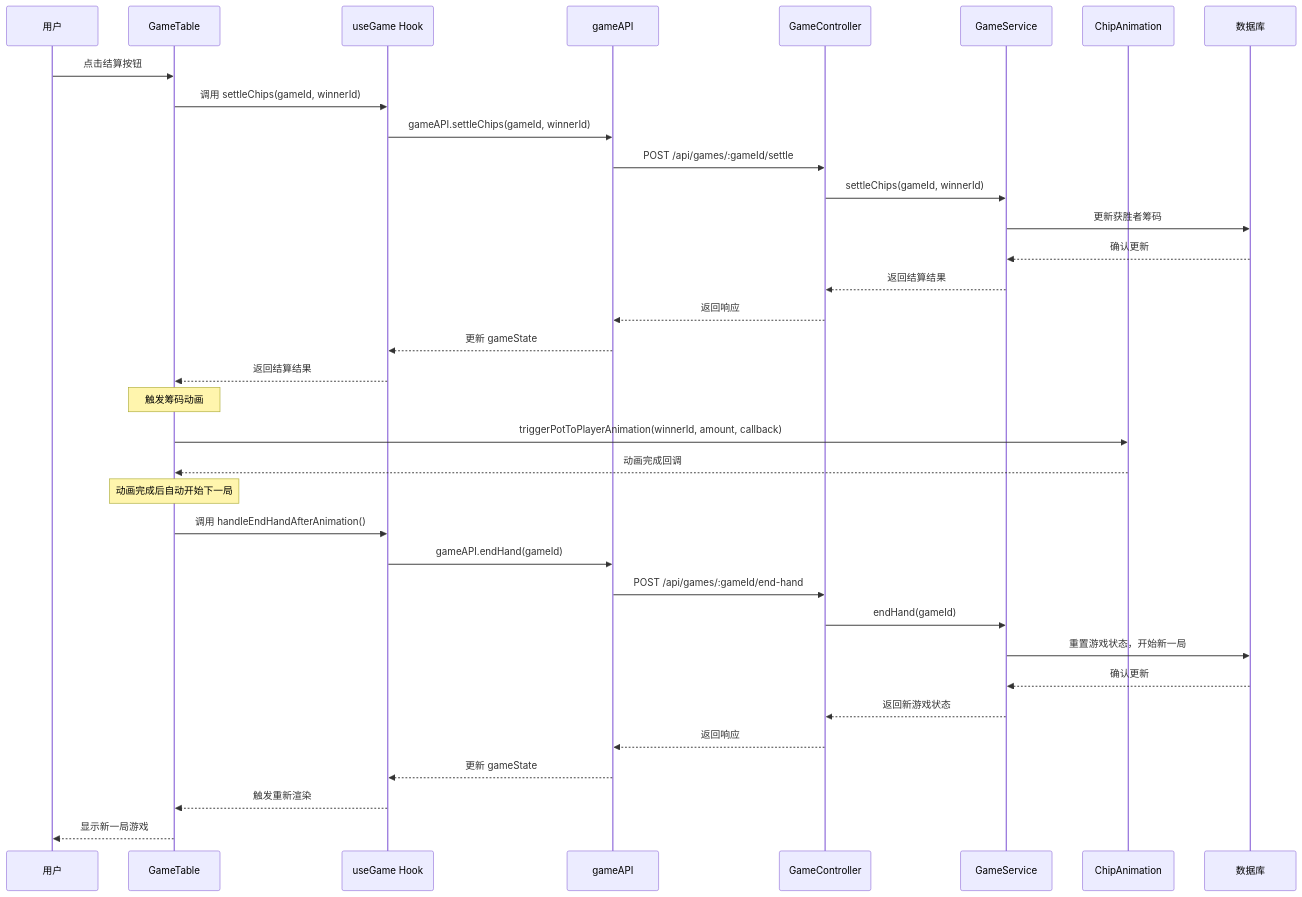
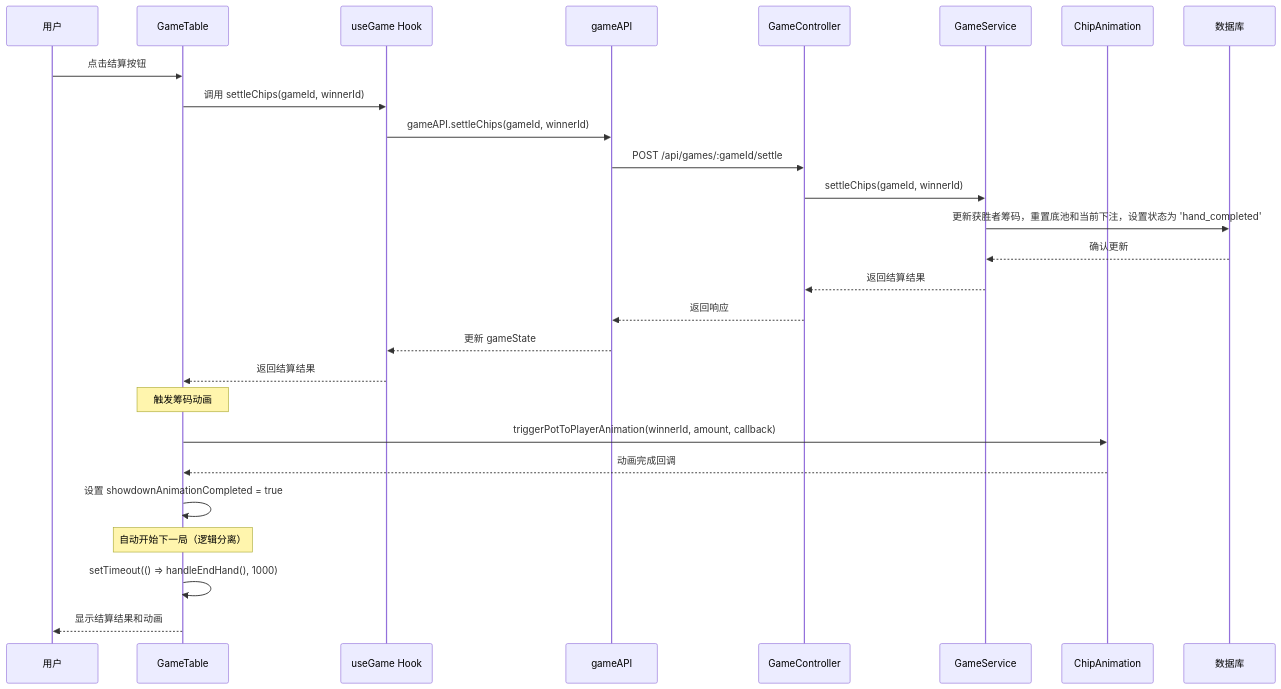
Before and after one commit to yangzhixdm/vc-width-ai: the fifth of 9 diagrams in METHOD_CALL_CHAIN_DIAGRAM.md, drawn with Mermaid. The commit also changed other lines of this file and 3 other files, not shown here.

````diff
--- a/METHOD_CALL_CHAIN_DIAGRAM.md
+++ b/METHOD_CALL_CHAIN_DIAGRAM.md
@@ -112,40 +112,32 @@
 ```mermaid
 sequenceDiagram
     participant U as 用户
     participant GT as GameTable
     participant UG as useGame Hook
     participant API as gameAPI
     participant GC as GameController
     participant GS as GameService
     participant CA as ChipAnimation
     participant DB as 数据库
 
     U->>GT: 点击结算按钮
     GT->>UG: 调用 settleChips(gameId, winnerId)
     UG->>API: gameAPI.settleChips(gameId, winnerId)
     API->>GC: POST /api/games/:gameId/settle
     GC->>GS: settleChips(gameId, winnerId)
-    GS->>DB: 更新获胜者筹码
+    GS->>DB: 更新获胜者筹码，重置底池和当前下注，设置状态为 'hand_completed'
     DB-->>GS: 确认更新
     GS-->>GC: 返回结算结果
     GC-->>API: 返回响应
     API-->>UG: 更新 gameState
     UG-->>GT: 返回结算结果
     
     Note over GT: 触发筹码动画
     GT->>CA: triggerPotToPlayerAnimation(winnerId, amount, callback)
     CA-->>GT: 动画完成回调
+    GT->>GT: 设置 showdownAnimationCompleted = true
     
-    Note over GT: 动画完成后自动开始下一局
-    GT->>UG: 调用 handleEndHandAfterAnimation()
-    UG->>API: gameAPI.endHand(gameId)
-    API->>GC: POST /api/games/:gameId/end-hand
-    GC->>GS: endHand(gameId)
-    GS->>DB: 重置游戏状态，开始新一局
-    DB-->>GS: 确认更新
-    GS-->>GC: 返回新游戏状态
-    GC-->>API: 返回响应
-    API-->>UG: 更新 gameState
-    UG-->>GT: 触发重新渲染
-    GT-->>U: 显示新一局游戏
+    Note over GT: 自动开始下一局（逻辑分离）
+    GT->>GT: setTimeout(() => handleEndHand(), 1000)
+    GT-->>U: 显示结算结果和动画
 ```
````
